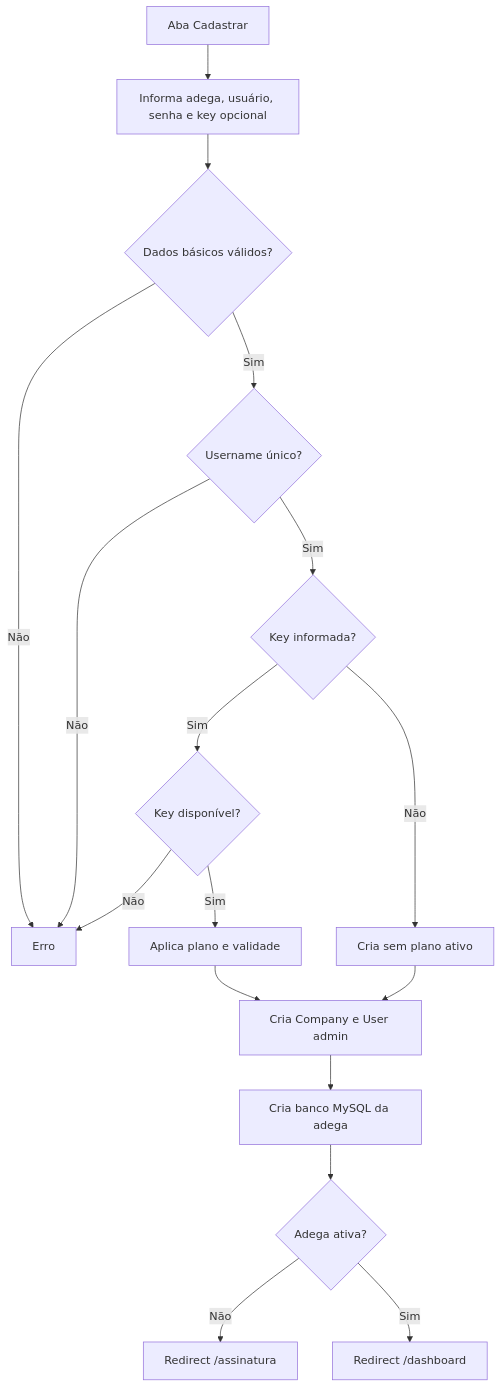
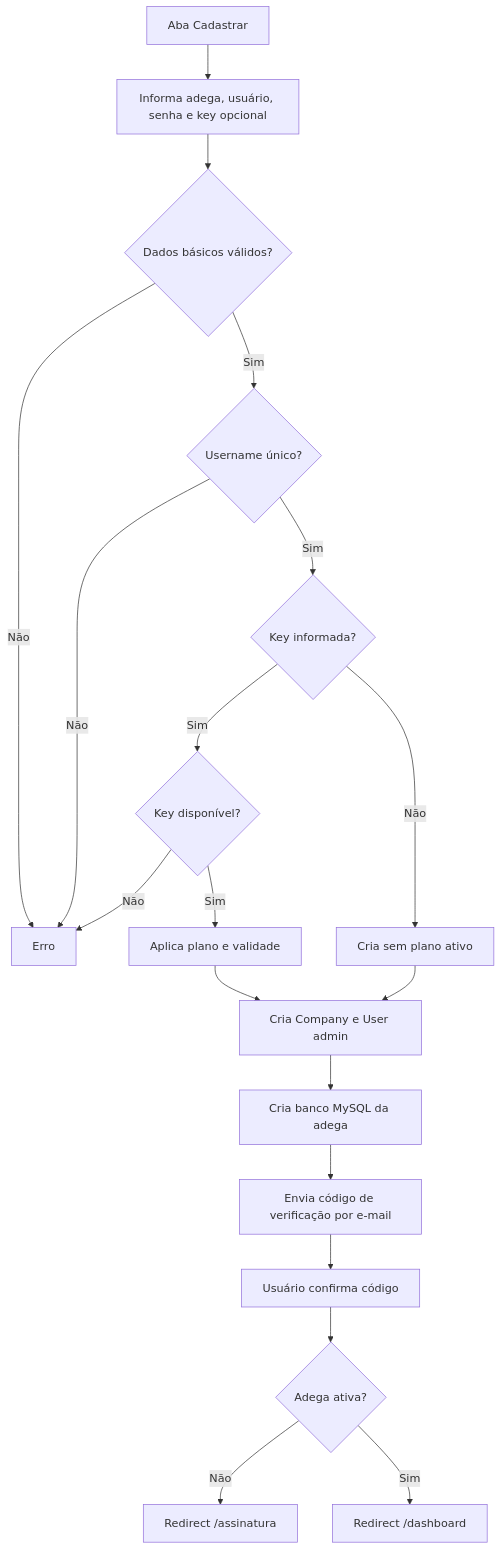
The third of 11 diagrams in docs/06-fluxo-sistema.md (RafaelBG7/pdv2026), drawn with Mermaid before and after one commit. The commit also changed other lines of this file and 64 other files, not shown here.

````diff
--- a/docs/06-fluxo-sistema.md
+++ b/docs/06-fluxo-sistema.md
@@ -45,19 +47,21 @@
 ```mermaid
 flowchart TD
     A["Aba Cadastrar"] --> B["Informa adega, usuário, senha e key opcional"]
     B --> C{"Dados básicos válidos?"}
     C -- "Não" --> X["Erro"]
     C -- "Sim" --> D{"Username único?"}
     D -- "Não" --> X
     D -- "Sim" --> E{"Key informada?"}
     E -- "Sim" --> F{"Key disponível?"}
     F -- "Não" --> X
     F -- "Sim" --> G["Aplica plano e validade"]
     E -- "Não" --> H["Cria sem plano ativo"]
     G --> I["Cria Company e User admin"]
     H --> I
     I --> J["Cria banco MySQL da adega"]
-    J --> K{"Adega ativa?"}
-    K -- "Não" --> L["Redirect /assinatura"]
-    K -- "Sim" --> M["Redirect /dashboard"]
+    J --> K["Envia código de verificação por e-mail"]
+    K --> L["Usuário confirma código"]
+    L --> M{"Adega ativa?"}
+    M -- "Não" --> N["Redirect /assinatura"]
+    M -- "Sim" --> O["Redirect /dashboard"]
 ```
````
